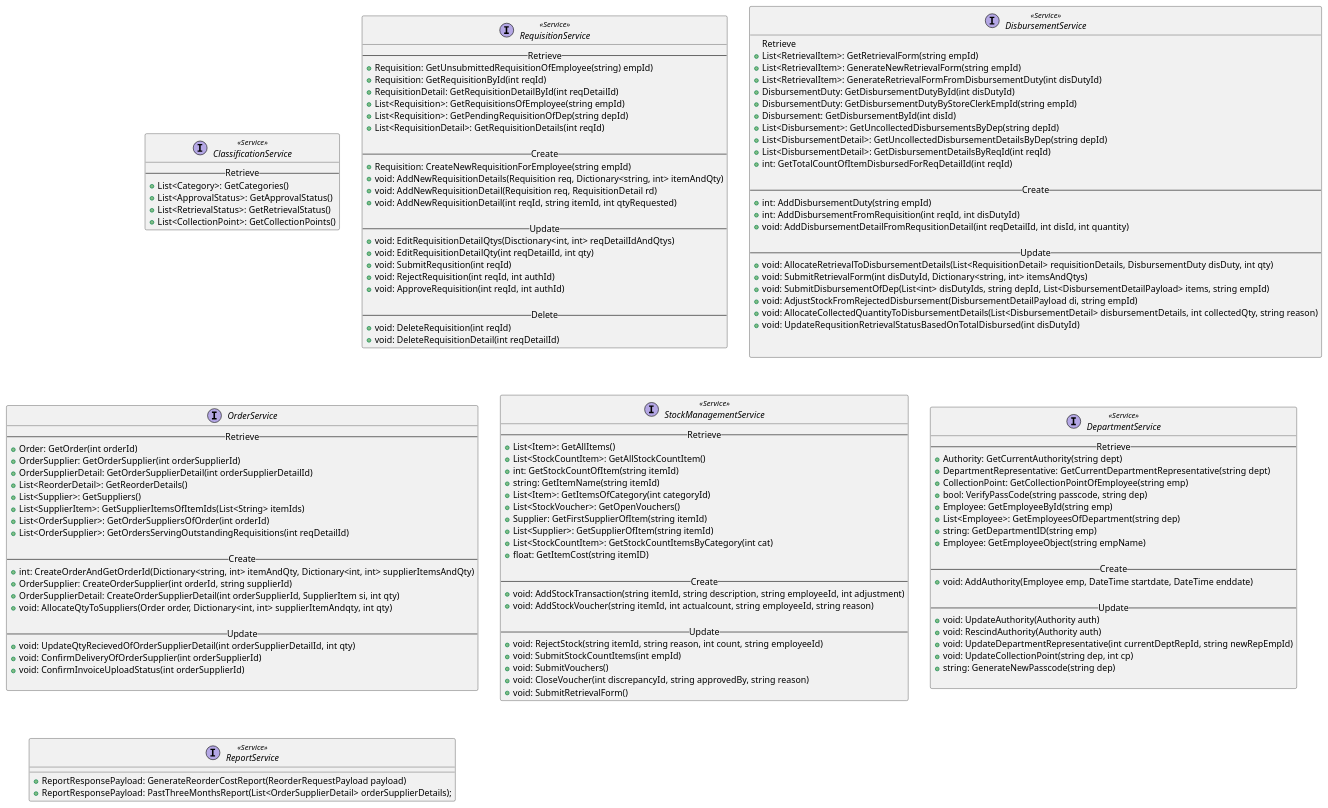
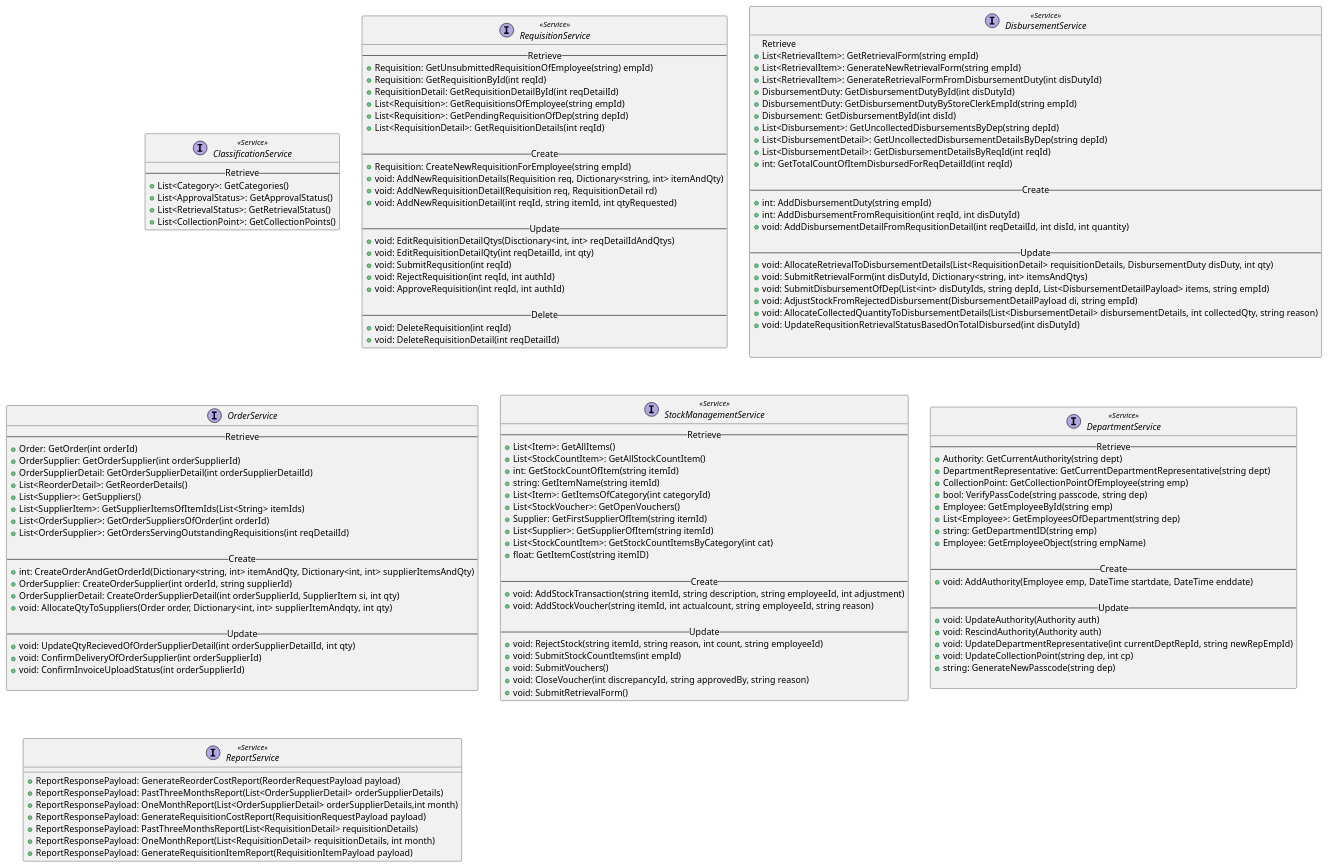
Before and after one commit to SA46Team5a/AD---ClassAndSequenceDiagram: the diagram in Services.wsd, drawn with PlantUML. The commit also changed 2 other files, not shown here.

```diff
--- a/Services.wsd
+++ b/Services.wsd
@@ -8,152 +8,156 @@
 @startuml
 Interface ClassificationService <<Service>> {
     --Retrieve--
     +List<Category>: GetCategories()
     +List<ApprovalStatus>: GetApprovalStatus()
     +List<RetrievalStatus>: GetRetrievalStatus()
     +List<CollectionPoint>: GetCollectionPoints()
 }
 
 Interface RequisitionService <<Service>> {
     --Retrieve--
     ' RequisitionDetails can be retrieved from Requisition object
     ' If no unsubmitted requsition, create new Requisition object for employee
     +Requisition: GetUnsubmittedRequisitionOfEmployee(string) empId)  
     +Requisition: GetRequisitionById(int reqId)
     +RequisitionDetail: GetRequisitionDetailById(int reqDetailId)
     +List<Requisition>: GetRequisitionsOfEmployee(string empId)
     +List<Requisition>: GetPendingRequisitionOfDep(string depId)
     +List<RequisitionDetail>: GetRequisitionDetails(int reqId)
     
     --Create--
     +Requisition: CreateNewRequisitionForEmployee(string empId)
     +void: AddNewRequisitionDetails(Requisition req, Dictionary<string, int> itemAndQty)
     +void: AddNewRequisitionDetail(Requisition req, RequisitionDetail rd)
     +void: AddNewRequisitionDetail(int reqId, string itemId, int qtyRequested)
 
     --Update--
     ' Loops through list and calls updateRequsitionDetail
     +void: EditRequisitionDetailQtys(Disctionary<int, int> reqDetailIdAndQtys)
     +void: EditRequisitionDetailQty(int reqDetailId, int qty)
     ' At submit, call createNewRequisitionForEmployee(Employee emp)
     +void: SubmitRequsition(int reqId)
     +void: RejectRequisition(int reqId, int authId)
     +void: ApproveRequisition(int reqId, int authId)
 
     --Delete--
     +void: DeleteRequisition(int reqId)
     +void: DeleteRequisitionDetail(int reqDetailId)
 }
 
 Interface DisbursementService <<Service>> {
     --Retrieve--   
     +List<RetrievalItem>: GetRetrievalForm(string empId)
     +List<RetrievalItem>: GenerateNewRetrievalForm(string empId)
     +List<RetrievalItem>: GenerateRetrievalFormFromDisbursementDuty(int disDutyId)
     +DisbursementDuty: GetDisbursementDutyById(int disDutyId)
     +DisbursementDuty: GetDisbursementDutyByStoreClerkEmpId(string empId)
     +Disbursement: GetDisbursementById(int disId)
     +List<Disbursement>: GetUncollectedDisbursementsByDep(string depId)
     +List<DisbursementDetail>: GetUncollectedDisbursementDetailsByDep(string depId)
     +List<DisbursementDetail>: GetDisbursementDetailsByReqId(int reqId)
     +int: GetTotalCountOfItemDisbursedForReqDetailId(int reqId)
    
     --Create--
     +int: AddDisbursementDuty(string empId)
     +int: AddDisbursementFromRequisition(int reqId, int disDutyId)
     +void: AddDisbursementDetailFromRequsitionDetail(int reqDetailId, int disId, int quantity)
    
     --Update--
     +void: AllocateRetrievalToDisbursementDetails(List<RequisitionDetail> requisitionDetails, DisbursementDuty disDuty, int qty)
     +void: SubmitRetrievalForm(int disDutyId, Dictionary<string, int> itemsAndQtys)
     +void: SubmitDisbursementOfDep(List<int> disDutyIds, string depId, List<DisbursementDetailPayload> items, string empId)
     +void: AdjustStockFromRejectedDisbursement(DisbursementDetailPayload di, string empId)
     +void: AllocateCollectedQuantityToDisbursementDetails(List<DisbursementDetail> disbursementDetails, int collectedQty, string reason)
     +void: UpdateRequsitionRetrievalStatusBasedOnTotalDisbursed(int disDutyId)
    
 
 }
 
 Interface OrderService {
     --Retrieve--
     ' Loops through and calls the second method
     +Order: GetOrder(int orderId)
     +OrderSupplier: GetOrderSupplier(int orderSupplierId)
     +OrderSupplierDetail: GetOrderSupplierDetail(int orderSupplierDetailId)
     +List<ReorderDetail>: GetReorderDetails()
     +List<Supplier>: GetSuppliers()
     +List<SupplierItem>: GetSupplierItemsOfItemIds(List<String> itemIds)
     +List<OrderSupplier>: GetOrderSuppliersOfOrder(int orderId)
     +List<OrderSupplier>: GetOrdersServingOutstandingRequisitions(int reqDetailId)
 
     --Create--
     ' createNewOrder will call addOrder, addOrderSupplier and addOrderSupplierDetails
     +int: CreateOrderAndGetOrderId(Dictionary<string, int> itemAndQty, Dictionary<int, int> supplierItemsAndQty)
     +OrderSupplier: CreateOrderSupplier(int orderId, string supplierId)
     +OrderSupplierDetail: CreateOrderSupplierDetail(int orderSupplierId, SupplierItem si, int qty)
     +void: AllocateQtyToSuppliers(Order order, Dictionary<int, int> supplierItemAndqty, int qty)
 
     --Update--
     +void: UpdateQtyRecievedOfOrderSupplierDetail(int orderSupplierDetailId, int qty)
     +void: ConfirmDeliveryOfOrderSupplier(int orderSupplierId)
     +void: ConfirmInvoiceUploadStatus(int orderSupplierId)
 
    }
 
 Interface StockManagementService <<Service>> {
     --Retrieve--
     +List<Item>: GetAllItems()       
     +List<StockCountItem>: GetAllStockCountItem()      
     +int: GetStockCountOfItem(string itemId)
     +string: GetItemName(string itemId)
     +List<Item>: GetItemsOfCategory(int categoryId)
     +List<StockVoucher>: GetOpenVouchers()              
     +Supplier: GetFirstSupplierOfItem(string itemId)     
     +List<Supplier>: GetSupplierOfItem(string itemId)
     +List<StockCountItem>: GetStockCountItemsByCategory(int cat)
     +float: GetItemCost(string itemID)
 
     --Create--
     +void: AddStockTransaction(string itemId, string description, string employeeId, int adjustment)
     +void: AddStockVoucher(string itemId, int actualcount, string employeeId, string reason)
 
     --Update--
     +void: RejectStock(string itemId, string reason, int count, string employeeId)
     +void: SubmitStockCountItems(int empId)
     +void: SubmitVouchers()
     +void: CloseVoucher(int discrepancyId, string approvedBy, string reason)
     +void: SubmitRetrievalForm()
 }
 
 Interface DepartmentService <<Service>> {
     --Retrieve--
     ' Get authorised person based on current date
     +Authority: GetCurrentAuthority(string dept)
     +DepartmentRepresentative: GetCurrentDepartmentRepresentative(string dept)
     +CollectionPoint: GetCollectionPointOfEmployee(string emp)
     +bool: VerifyPassCode(string passcode, string dep)
     +Employee: GetEmployeeById(string emp)
     +List<Employee>: GetEmployeesOfDepartment(string dep)
     +string: GetDepartmentID(string emp)
     +Employee: GetEmployeeObject(string empName)
 
     --Create--
     ' Add emp as Authority with start and end date, and add Dep Head with start date = emp end date + 1
     +void: AddAuthority(Employee emp, DateTime startdate, DateTime enddate)
 
     --Update--
     +void: UpdateAuthority(Authority auth)
     +void: RescindAuthority(Authority auth)
     +void: UpdateDepartmentRepresentative(int currentDeptRepId, string newRepEmpId)
     +void: UpdateCollectionPoint(string dep, int cp)
     +string: GenerateNewPasscode(string dep)
 
 }
 
 Interface ReportService <<Service>>{
 
 + ReportResponsePayload: GenerateReorderCostReport(ReorderRequestPayload payload)
-+ ReportResponsePayload: PastThreeMonthsReport(List<OrderSupplierDetail> orderSupplierDetails);
-
++ ReportResponsePayload: PastThreeMonthsReport(List<OrderSupplierDetail> orderSupplierDetails)
++ ReportResponsePayload: OneMonthReport(List<OrderSupplierDetail> orderSupplierDetails,int month)
++ ReportResponsePayload: GenerateRequisitionCostReport(RequisitionRequestPayload payload)
++ ReportResponsePayload: PastThreeMonthsReport(List<RequisitionDetail> requisitionDetails)
++ ReportResponsePayload: OneMonthReport(List<RequisitionDetail> requisitionDetails, int month)
++ ReportResponsePayload: GenerateRequisitionItemReport(RequisitionItemPayload payload)
 }
 @enduml
```
